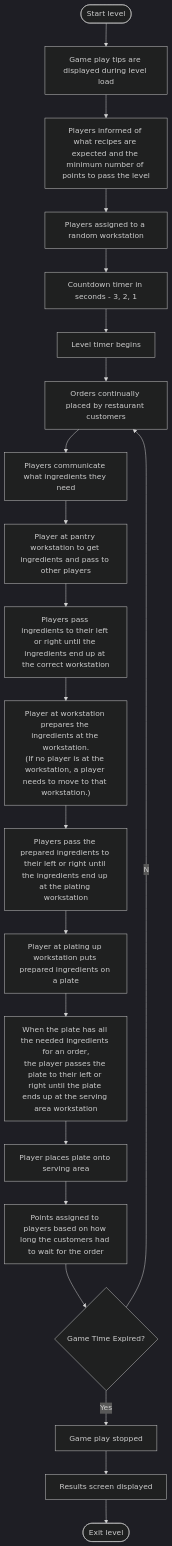
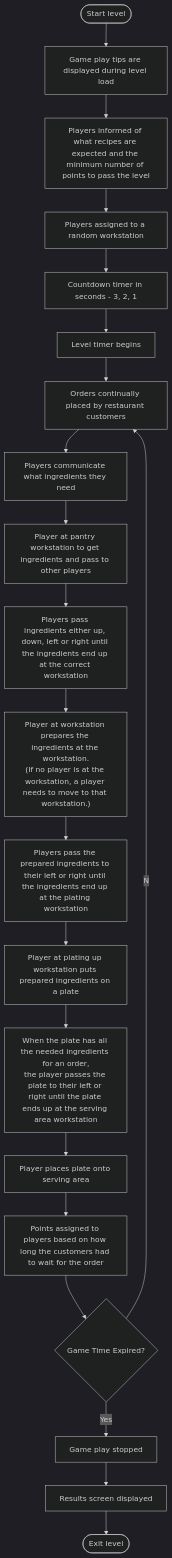
One commit to snowmeltarcade/projectkitchen changed the second of 2 diagrams in documentation/functional/game_play.md. Above: the diagram before and after it, drawn with Mermaid (dark theme).

Commit message:
Mention directions ingredients can be passed in.

````diff
--- a/documentation/functional/game_play.md
+++ b/documentation/functional/game_play.md
@@ -59,23 +59,23 @@
 ```mermaid
 flowchart TB;
     start_level([Start level])-->game_play_tips[Game play tips are displayed during level load];
     game_play_tips-->level_goals[Players informed of what recipes are expected and the minimum number of points to pass the level];
     level_goals-->assignments[Players assigned to a random workstation];
     assignments-->countdown[Countdown timer in seconds - 3, 2, 1];
     countdown-->level_timer_begins[Level timer begins];
     level_timer_begins-->orders_placed[Orders continually placed by restaurant customers];
     orders_placed-->communication[Players communicate what ingredients they need];
     communication-->pantry_ingredients[Player at pantry workstation to get ingredients and pass to other players];
-    pantry_ingredients-->passing_ingredients[Players pass ingredients to their left or right until the ingredients end up at the correct workstation];
+    pantry_ingredients-->passing_ingredients[Players pass ingredients either up, down, left or right until the ingredients end up at the correct workstation];
     passing_ingredients-->prepare_ingredients["Player at workstation prepares the ingredients at the workstation.<br/>(If no player is at the workstation, a player needs to move to that workstation.)"];
     prepare_ingredients-->passing_prepared_ingredients[Players pass the prepared ingredients to their left or right until the ingredients end up at the plating workstation];
     passing_prepared_ingredients-->plating_up[Player at plating up workstation puts prepared ingredients on a plate];
     plating_up-->pass_plate_to_serving_area[When the plate has all the needed ingredients for an order,<br/>the player passes the plate to their left or right until the plate ends up at the serving area workstation];
     pass_plate_to_serving_area-->serving_plate[Player places plate onto serving area];
     serving_plate-->points_assigned[Points assigned to players based on how long the customers had to wait for the order];
     points_assigned-->game_time_expired{Game Time Expired?};
     game_time_expired--No-->orders_placed;
     game_time_expired--Yes-->game_play_stopped[Game play stopped];
     game_play_stopped-->results_screen[Results screen displayed];
     results_screen-->exit_level([Exit level]);
 ```
````
